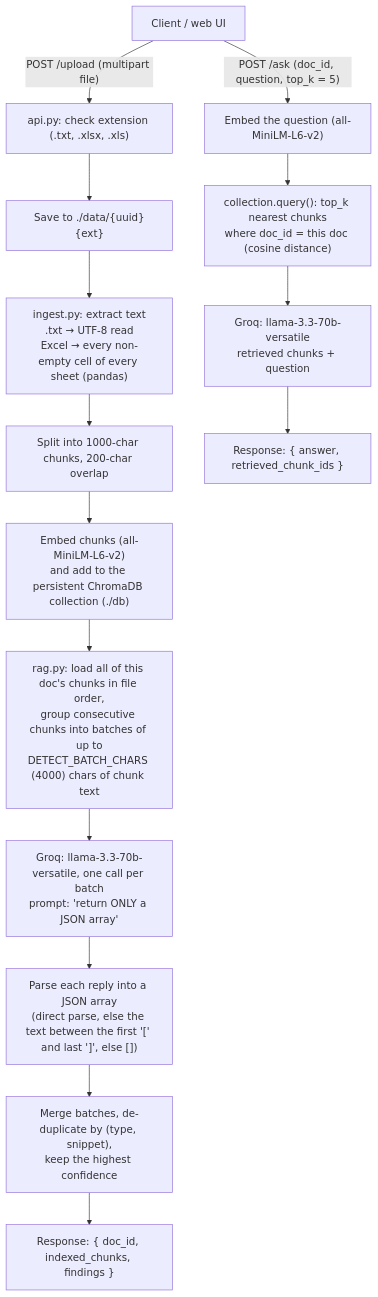
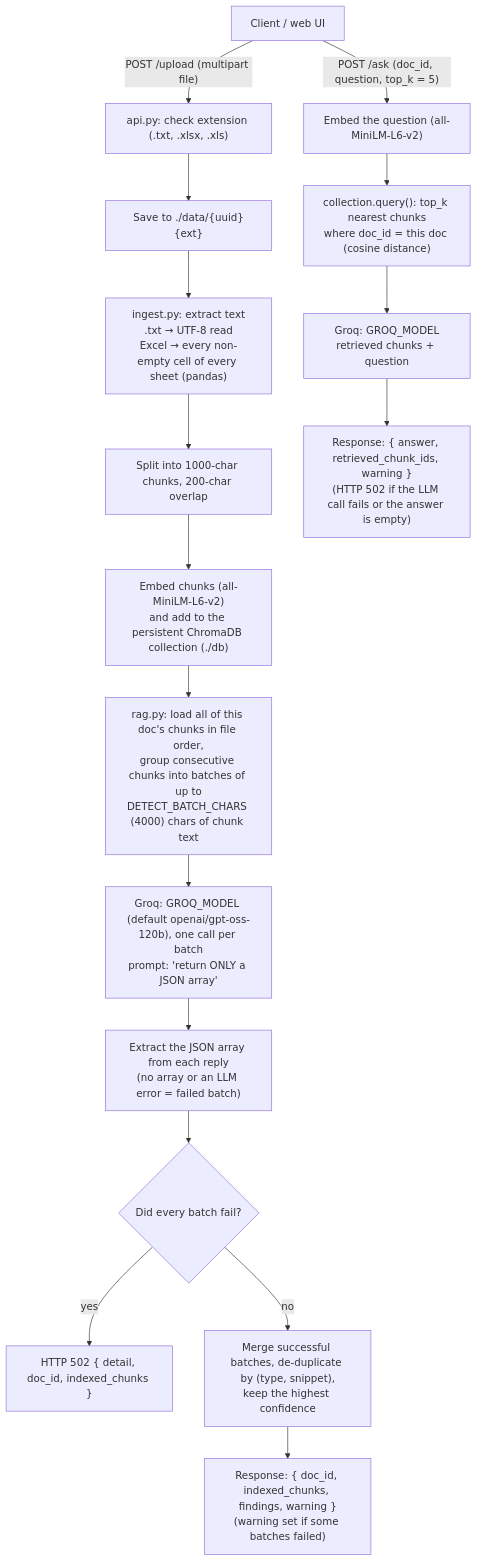
One commit to Kadaru242003/HRCI-NPPI-doc-finder changed the diagram in README.md. Above: the diagram before and after it, drawn with Mermaid. The commit also changed other lines of this file and 10 other files, not shown here.

First line of the commit message:
Make the Groq model configurable and stop hiding LLM failures

````diff
--- a/README.md
+++ b/README.md
@@ -30,18 +30,20 @@
 ```mermaid
 flowchart TD
     A["Client / web UI"] -->|"POST /upload (multipart file)"| B["api.py: check extension (.txt, .xlsx, .xls)"]
     B --> C["Save to ./data/{uuid}{ext}"]
     C --> D["ingest.py: extract text<br/>.txt → UTF-8 read<br/>Excel → every non-empty cell of every sheet (pandas)"]
     D --> E["Split into 1000-char chunks, 200-char overlap"]
     E --> F["Embed chunks (all-MiniLM-L6-v2)<br/>and add to the persistent ChromaDB collection (./db)"]
     F --> G["rag.py: load all of this doc's chunks in file order,<br/>group consecutive chunks into batches of up to<br/>DETECT_BATCH_CHARS (4000) chars of chunk text"]
-    G --> H["Groq: llama-3.3-70b-versatile, one call per batch<br/>prompt: 'return ONLY a JSON array'"]
-    H --> I["Parse each reply into a JSON array<br/>(direct parse, else the text between the first '[' and last ']', else [])"]
-    I --> I2["Merge batches, de-duplicate by (type, snippet),<br/>keep the highest confidence"]
-    I2 --> J["Response: { doc_id, indexed_chunks, findings }"]
+    G --> H["Groq: GROQ_MODEL (default openai/gpt-oss-120b), one call per batch<br/>prompt: 'return ONLY a JSON array'"]
+    H --> I["Extract the JSON array from each reply<br/>(no array or an LLM error = failed batch)"]
+    I --> I1{"Did every batch fail?"}
+    I1 -->|yes| X["HTTP 502 { detail, doc_id, indexed_chunks }"]
+    I1 -->|no| I2["Merge successful batches, de-duplicate by (type, snippet),<br/>keep the highest confidence"]
+    I2 --> J["Response: { doc_id, indexed_chunks, findings, warning }<br/>(warning set if some batches failed)"]
 
     A -->|"POST /ask (doc_id, question, top_k = 5)"| K["Embed the question (all-MiniLM-L6-v2)"]
     K --> K2["collection.query(): top_k nearest chunks<br/>where doc_id = this doc (cosine distance)"]
-    K2 --> L["Groq: llama-3.3-70b-versatile<br/>retrieved chunks + question"]
-    L --> M["Response: { answer, retrieved_chunk_ids }"]
+    K2 --> L["Groq: GROQ_MODEL<br/>retrieved chunks + question"]
+    L --> M["Response: { answer, retrieved_chunk_ids, warning }<br/>(HTTP 502 if the LLM call fails or the answer is empty)"]
 ```
````
